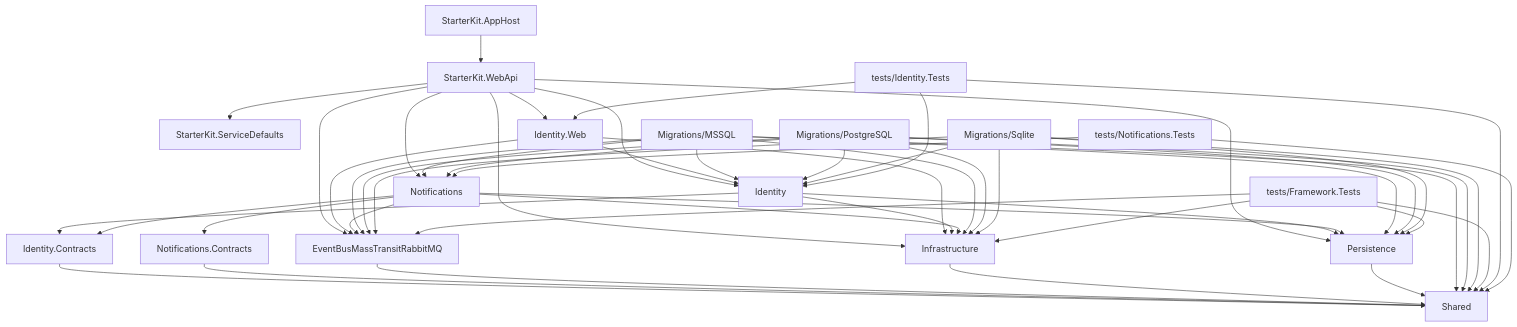
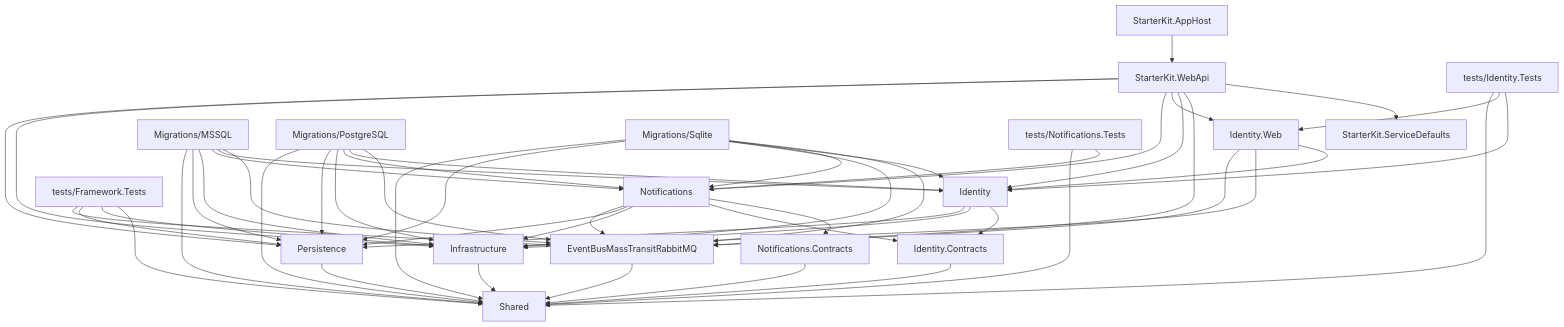
One commit to lightdotnet/ModularMonolith changed the diagram in docs/architecture/dependency-graph.md. Above: the diagram before and after it, drawn with Mermaid. The commit also changed other lines of this file and 86 other files, not shown here.

````diff
--- a/docs/architecture/dependency-graph.md
+++ b/docs/architecture/dependency-graph.md
@@ -7,61 +7,61 @@
 ```mermaid
 graph TD
     AppHost["StarterKit.AppHost"]
     WebApi["StarterKit.WebApi"]
     SD["StarterKit.ServiceDefaults"]
     IdW["Identity.Web"]
     Id["Identity"]
     IdC["Identity.Contracts"]
     Not["Notifications"]
     NotC["Notifications.Contracts"]
     Bus["EventBusMassTransitRabbitMQ"]
     Infra["Infrastructure"]
     Pers["Persistence"]
     Shared["Shared"]
     MigMs["Migrations/MSSQL"]
     MigPg["Migrations/PostgreSQL"]
     MigSl["Migrations/Sqlite"]
     FT["tests/Framework.Tests"]
     IT["tests/Identity.Tests"]
     NT["tests/Notifications.Tests"]
 
     AppHost --> WebApi
     WebApi --> SD
     WebApi --> Bus
     WebApi --> Id
     WebApi --> IdW
     WebApi --> Not
     WebApi --> Infra
     WebApi --> Pers
     IdW --> Id
     IdW --> Infra
     IdW --> Bus
     Id --> IdC
     Id --> Infra
     Id --> Pers
     IdC --> Shared
     Not --> NotC
     Not --> IdC
     Not --> Infra
     Not --> Pers
     Not --> Bus
     NotC --> Shared
     Bus --> Shared
     Infra --> Shared
     Pers --> Shared
     MigMs & MigPg & MigSl --> Bus
     MigMs & MigPg & MigSl --> Id
+    MigMs & MigPg & MigSl --> Not
     MigMs & MigPg & MigSl --> Infra
     MigMs & MigPg & MigSl --> Pers
     MigMs & MigPg & MigSl --> Shared
-    MigMs & MigPg --> Not
     FT --> Shared
     FT --> Infra
     FT --> Pers
     FT --> Bus
     IT --> Id
     IT --> IdW
     IT --> Shared
     NT --> Not
     NT --> Shared
 ```
````
